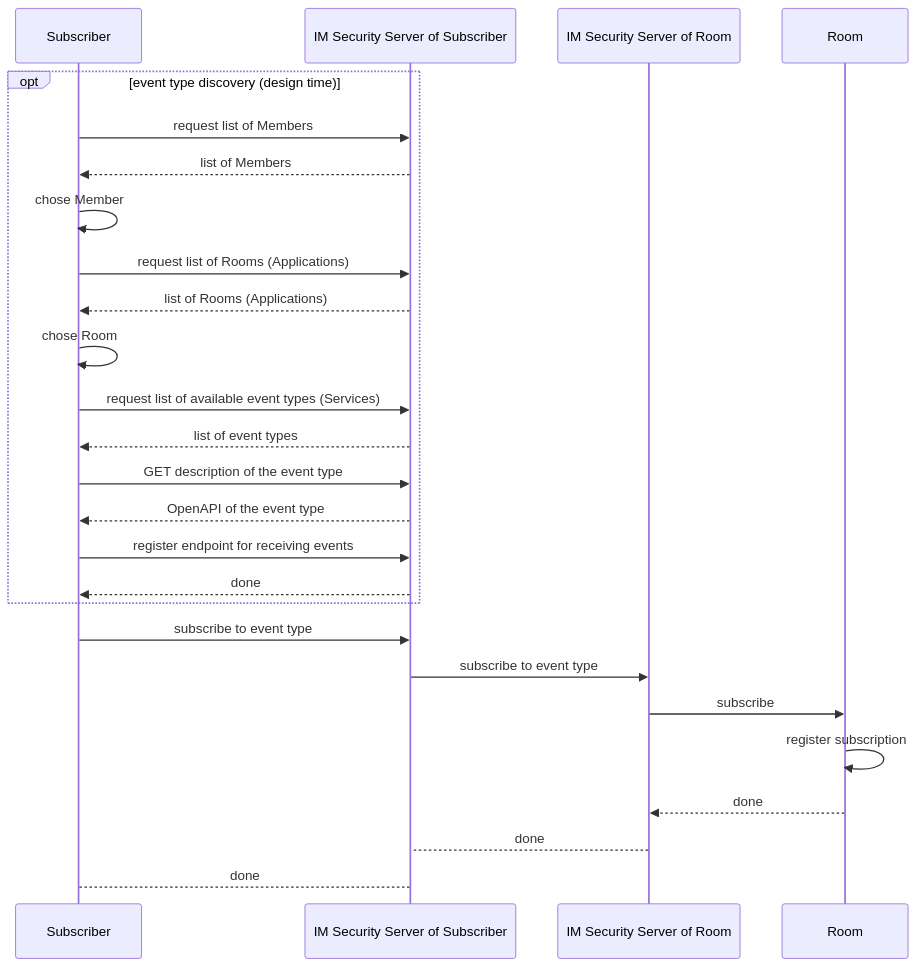
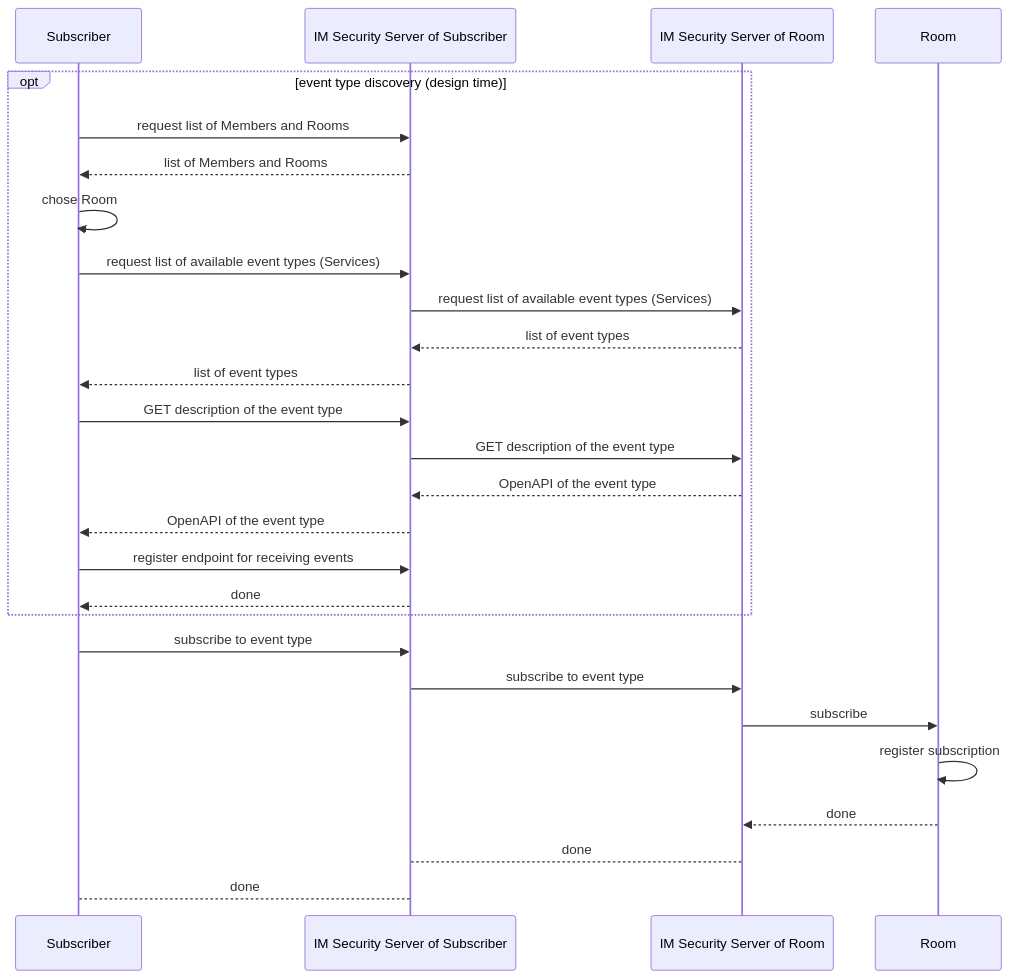
The fourth of 5 diagrams in spec/11-workflows.md (GovStackWorkingGroup/bb-information-mediator), drawn with Mermaid before and after one commit. The commit also changed other lines of this file, not shown here.

Commit message:
GITBOOK-56: IM-121 Error in Subscribe workflow

````diff
--- a/spec/11-workflows.md
+++ b/spec/11-workflows.md
@@ -101,28 +101,29 @@
 ```mermaid
 sequenceDiagram
 participant Subscriber
 participant SS1 as IM Security Server of Subscriber
 participant SS2 as IM Security Server of Room
 participant Room
 opt event type discovery (design time)
-Subscriber ->> SS1: request list of Members
-SS1 -->> Subscriber: list of Members
-Subscriber ->> Subscriber: chose Member
-Subscriber ->> SS1: request list of Rooms (Applications)
-SS1 -->> Subscriber: list of Rooms (Applications)
+Subscriber ->> SS1: request list of Members and Rooms
+SS1 -->> Subscriber: list of Members and Rooms
 Subscriber ->> Subscriber: chose Room
 Subscriber ->> SS1: request list of available event types (Services)
+SS1 ->> SS2: request list of available event types (Services)
+SS2 -->> SS1: list of event types
 SS1 -->> Subscriber: list of event types
 Subscriber ->> SS1: GET description of the event type
+SS1 ->> SS2: GET description of the event type
+SS2 -->> SS1: OpenAPI of the event type
 SS1 -->> Subscriber: OpenAPI of the event type
 Subscriber ->> SS1: register endpoint for receiving events
 SS1 -->> Subscriber: done
 end
 Subscriber ->> SS1: subscribe to event type
 SS1 ->> SS2: subscribe to event type
 SS2 ->> Room: subscribe
 Room ->> Room: register subscription
 Room -->> SS2: done
 SS2 --> SS1: done
 SS1 --> Subscriber: done
 ```
````
